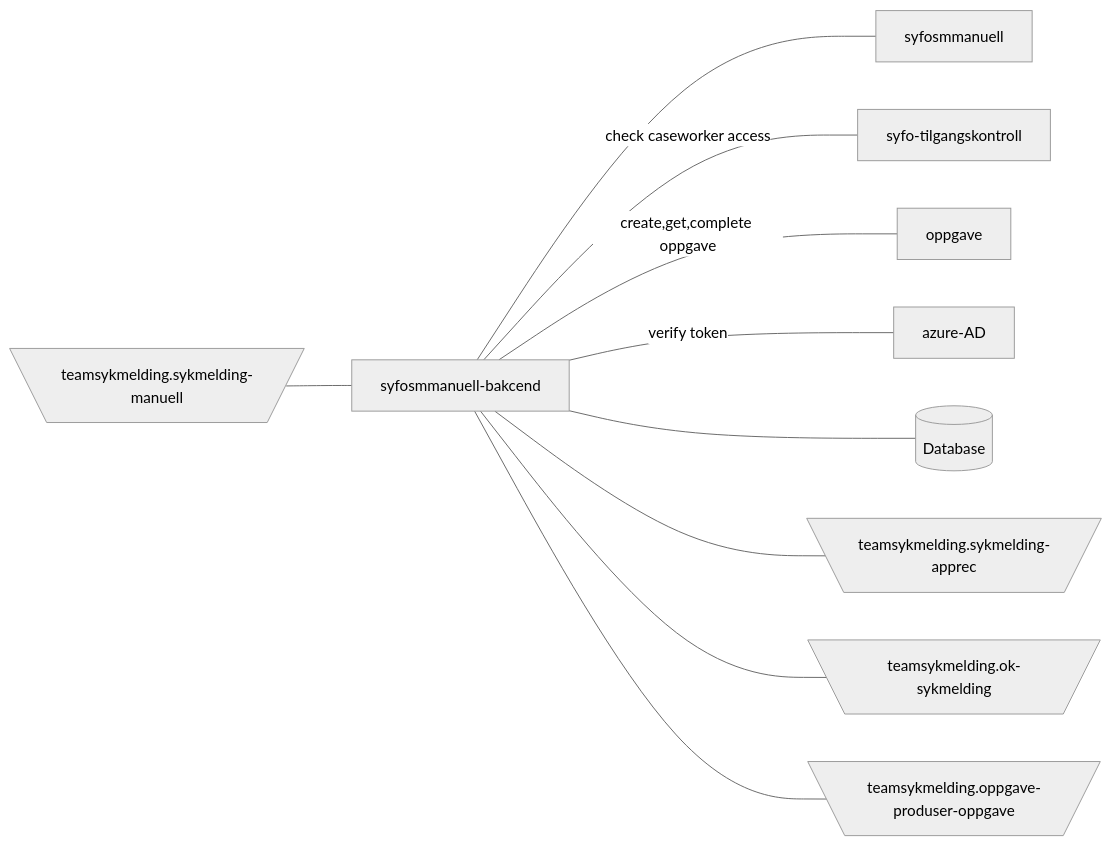
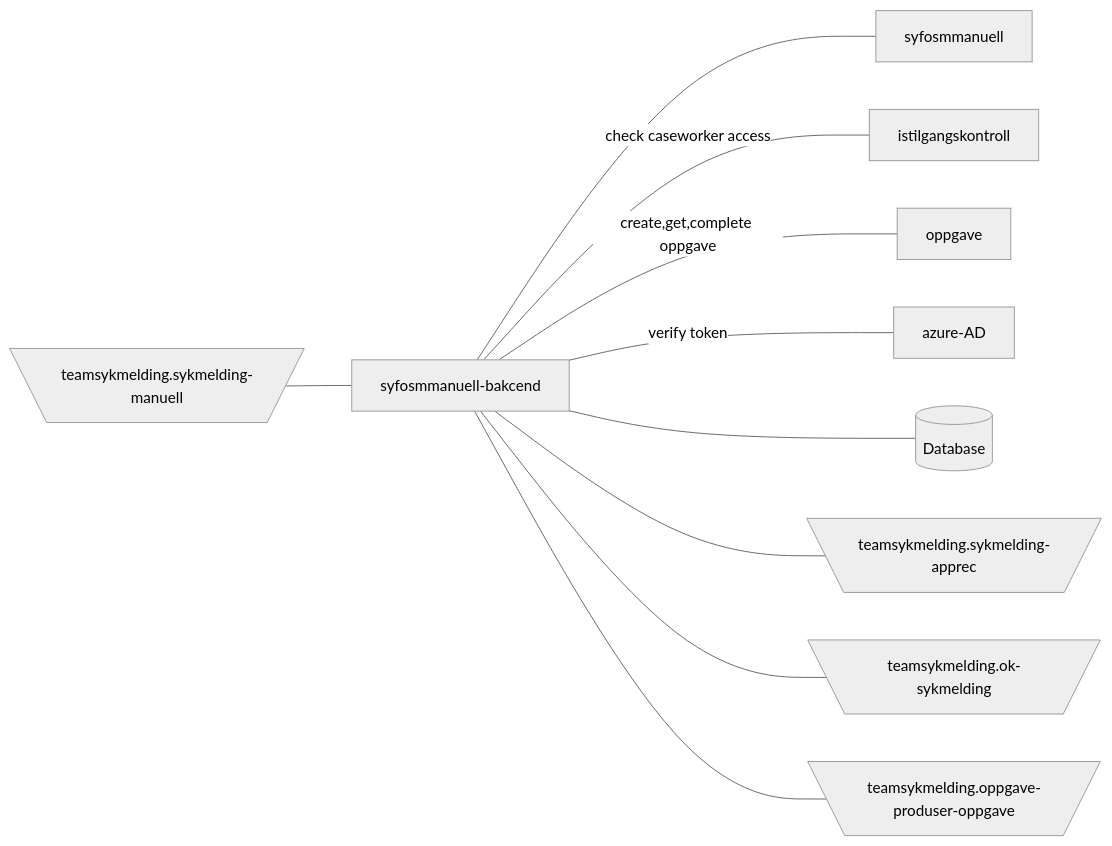
The diagram in README.md (navikt/syfosmmanuell-backend), drawn with Mermaid (neutral theme) before and after one commit. The commit also changed 15 other files, not shown here.

````diff
--- a/README.md
+++ b/README.md
@@ -25,15 +25,15 @@
 ```mermaid
   graph LR
   
       A[\teamsykmelding.sykmelding-manuell/] --- syfosmmanuell-bakcend
       syfosmmanuell-bakcend --- syfosmmanuell
-      syfosmmanuell-bakcend -- check caseworker access --- syfo-tilgangskontroll
+      syfosmmanuell-bakcend -- check caseworker access --- istilgangskontroll
       syfosmmanuell-bakcend -- create,get,complete oppgave --- oppgave
       syfosmmanuell-bakcend -- verify token --- azure-AD
       syfosmmanuell-bakcend --- id1[(Database)]
       
       syfosmmanuell-bakcend --- B[\teamsykmelding.sykmelding-apprec/]
       syfosmmanuell-bakcend --- C[\teamsykmelding.ok-sykmelding/]
       syfosmmanuell-bakcend --- D[\teamsykmelding.oppgave-produser-oppgave/];  
  
 ```
````
